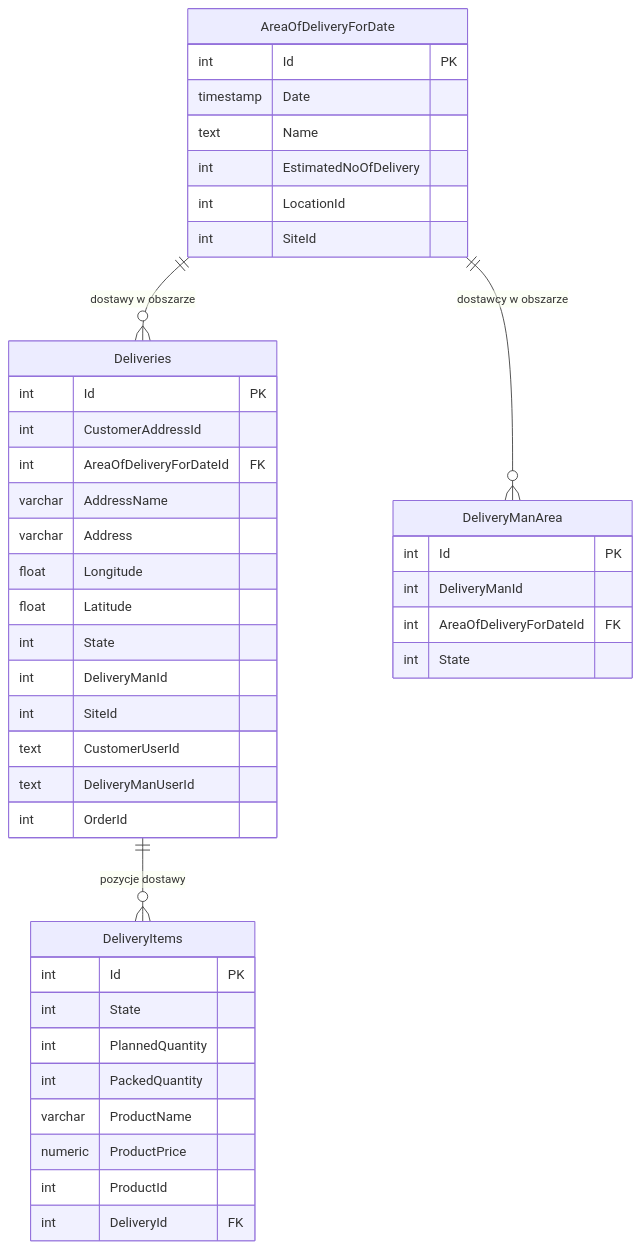
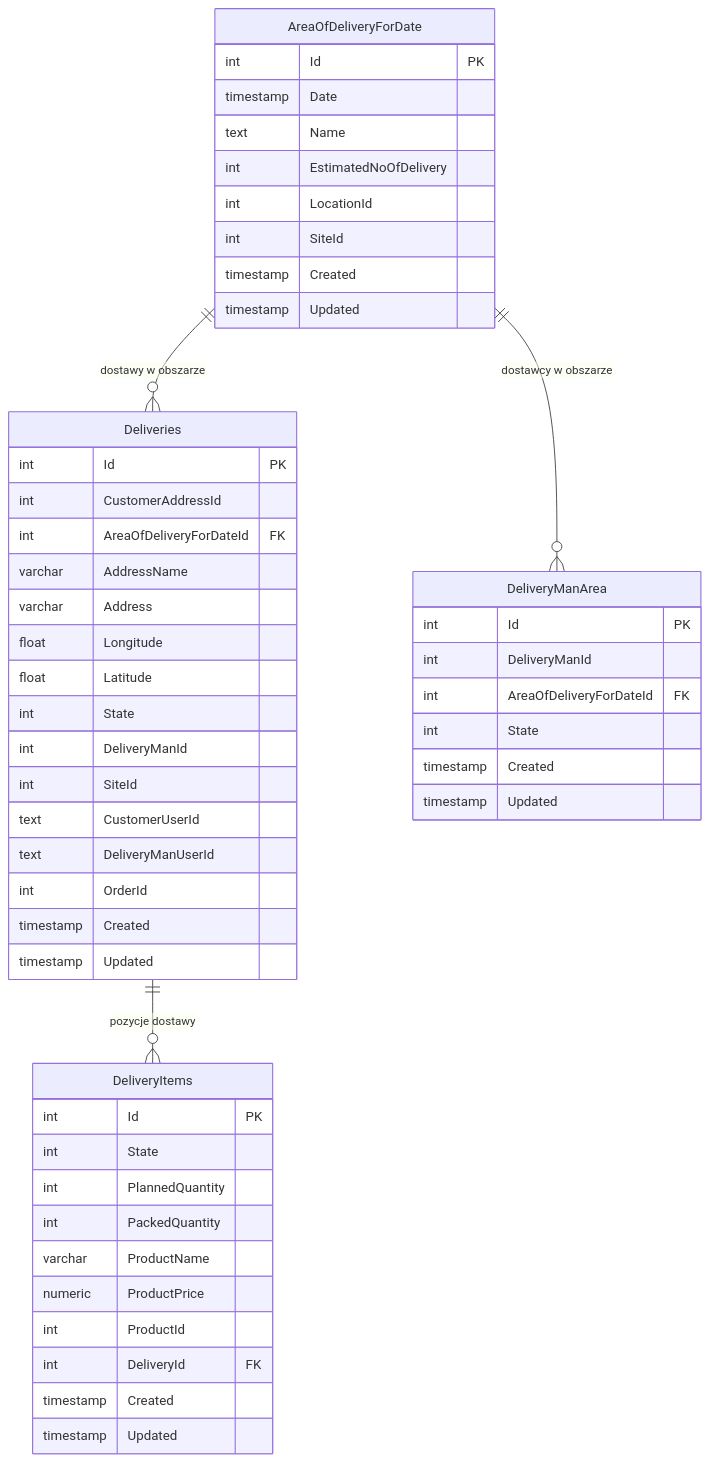
Before and after one commit to JakubRybak/Data_Warehouse_Bake2Home: the fifth of 8 diagrams in docs/source_db_diagrams.md, drawn with Mermaid. The commit also changed other lines of this file and 10 other files, not shown here.

````diff
--- a/docs/source_db_diagrams.md
+++ b/docs/source_db_diagrams.md
@@ -411,49 +479,57 @@
 ```mermaid
 erDiagram
     AreaOfDeliveryForDate {
         int Id PK
         timestamp Date
         text Name
         int EstimatedNoOfDelivery
         int LocationId
         int SiteId
+        timestamp Created
+        timestamp Updated
     }
 
     Deliveries {
         int Id PK
         int CustomerAddressId
         int AreaOfDeliveryForDateId FK
         varchar AddressName
         varchar Address
         float Longitude
         float Latitude
         int State
         int DeliveryManId
         int SiteId
         text CustomerUserId
         text DeliveryManUserId
         int OrderId
+        timestamp Created
+        timestamp Updated
     }
 
     DeliveryItems {
         int Id PK
         int State
         int PlannedQuantity
         int PackedQuantity
         varchar ProductName
         numeric ProductPrice
         int ProductId
         int DeliveryId FK
+        timestamp Created
+        timestamp Updated
     }
 
     DeliveryManArea {
         int Id PK
         int DeliveryManId
         int AreaOfDeliveryForDateId FK
         int State
+        timestamp Created
+        timestamp Updated
     }
 
     AreaOfDeliveryForDate ||--o{ Deliveries : "dostawy w obszarze"
     Deliveries ||--o{ DeliveryItems : "pozycje dostawy"
     AreaOfDeliveryForDate ||--o{ DeliveryManArea : "dostawcy w obszarze"
 ```
````
